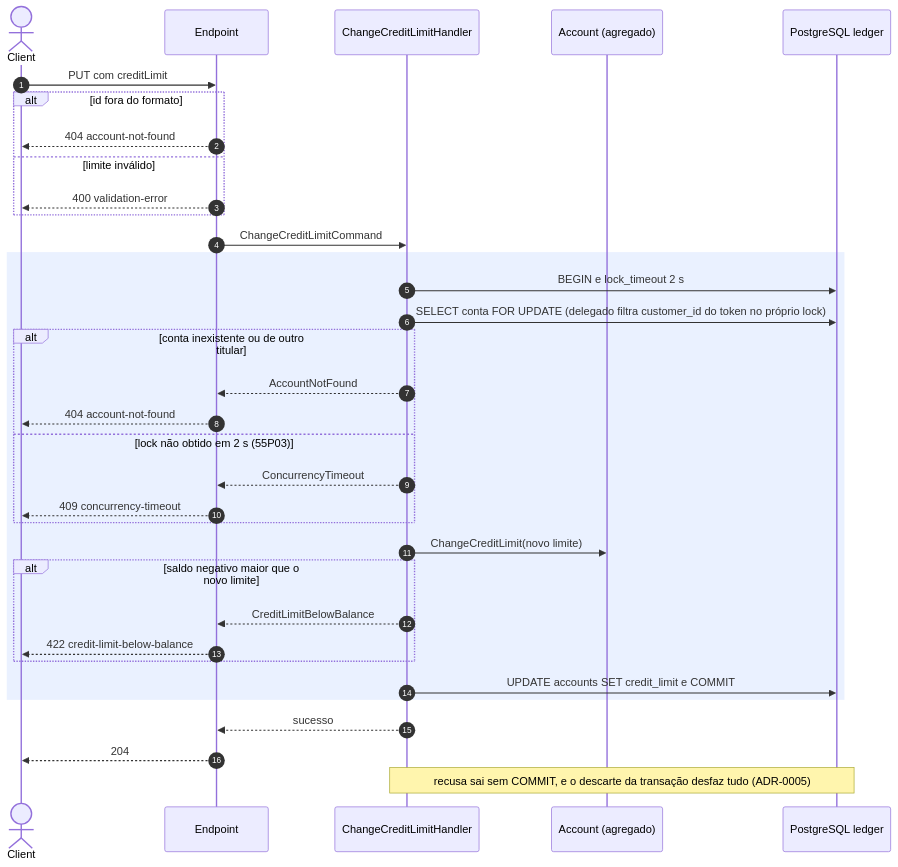
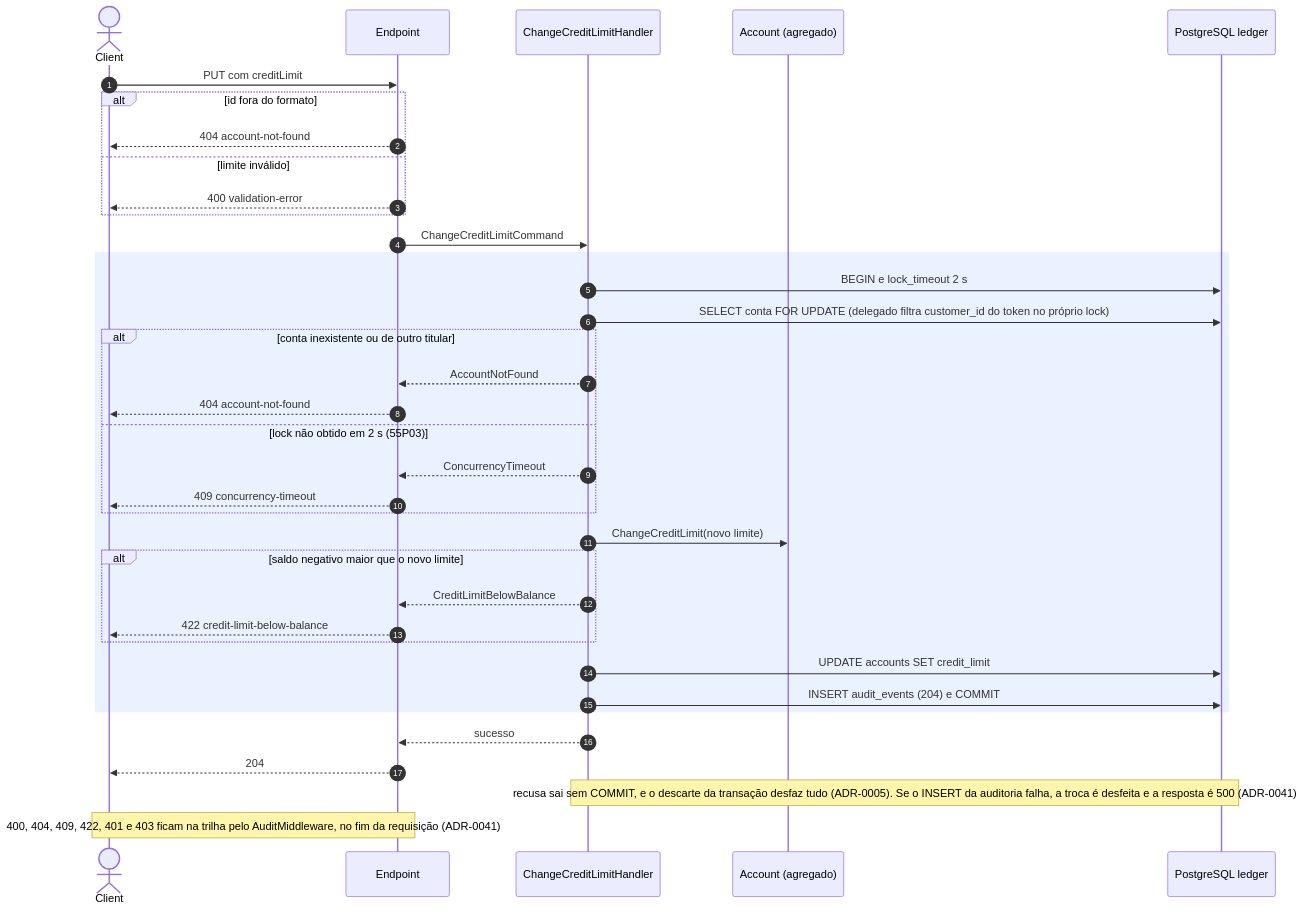
Before and after one commit to arthuurw/desafio-arquiteto-keyrus: the fourth of 8 diagrams in docs/arquitetura/fluxos-ledger.md, drawn with Mermaid. The commit also changed other lines of this file and 33 other files, not shown here.

````diff
--- a/docs/arquitetura/fluxos-ledger.md
+++ b/docs/arquitetura/fluxos-ledger.md
@@ -168,37 +172,39 @@
 ```mermaid
 sequenceDiagram
   autonumber
   actor C as Client
   participant E as Endpoint
   participant H as ChangeCreditLimitHandler
   participant A as Account (agregado)
   participant DB as PostgreSQL ledger
 
   C->>E: PUT com creditLimit
   alt id fora do formato
     E-->>C: 404 account-not-found
   else limite inválido
     E-->>C: 400 validation-error
   end
   E->>H: ChangeCreditLimitCommand
   rect rgba(80, 140, 255, 0.12)
     H->>DB: BEGIN e lock_timeout 2 s
     H->>DB: SELECT conta FOR UPDATE (delegado filtra customer_id do token no próprio lock)
     alt conta inexistente ou de outro titular
       H-->>E: AccountNotFound
       E-->>C: 404 account-not-found
     else lock não obtido em 2 s (55P03)
       H-->>E: ConcurrencyTimeout
       E-->>C: 409 concurrency-timeout
     end
     H->>A: ChangeCreditLimit(novo limite)
     alt saldo negativo maior que o novo limite
       H-->>E: CreditLimitBelowBalance
       E-->>C: 422 credit-limit-below-balance
     end
-    H->>DB: UPDATE accounts SET credit_limit e COMMIT
+    H->>DB: UPDATE accounts SET credit_limit
+    H->>DB: INSERT audit_events (204) e COMMIT
   end
   H-->>E: sucesso
   E-->>C: 204
-  Note over H,DB: recusa sai sem COMMIT, e o descarte da transação desfaz tudo (ADR-0005)
+  Note over H,DB: recusa sai sem COMMIT, e o descarte da transação desfaz tudo (ADR-0005). Se o INSERT da auditoria falha, a troca é desfeita e a resposta é 500 (ADR-0041)
+  Note over C,E: 400, 404, 409, 422, 401 e 403 ficam na trilha pelo AuditMiddleware, no fim da requisição (ADR-0041)
 ```
````
